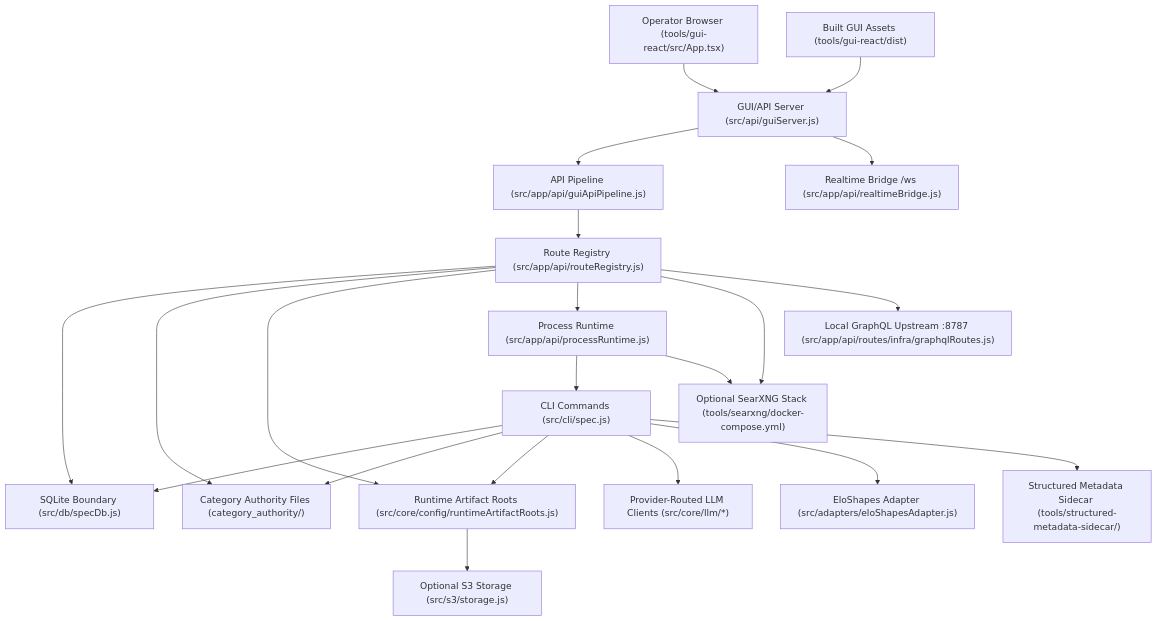
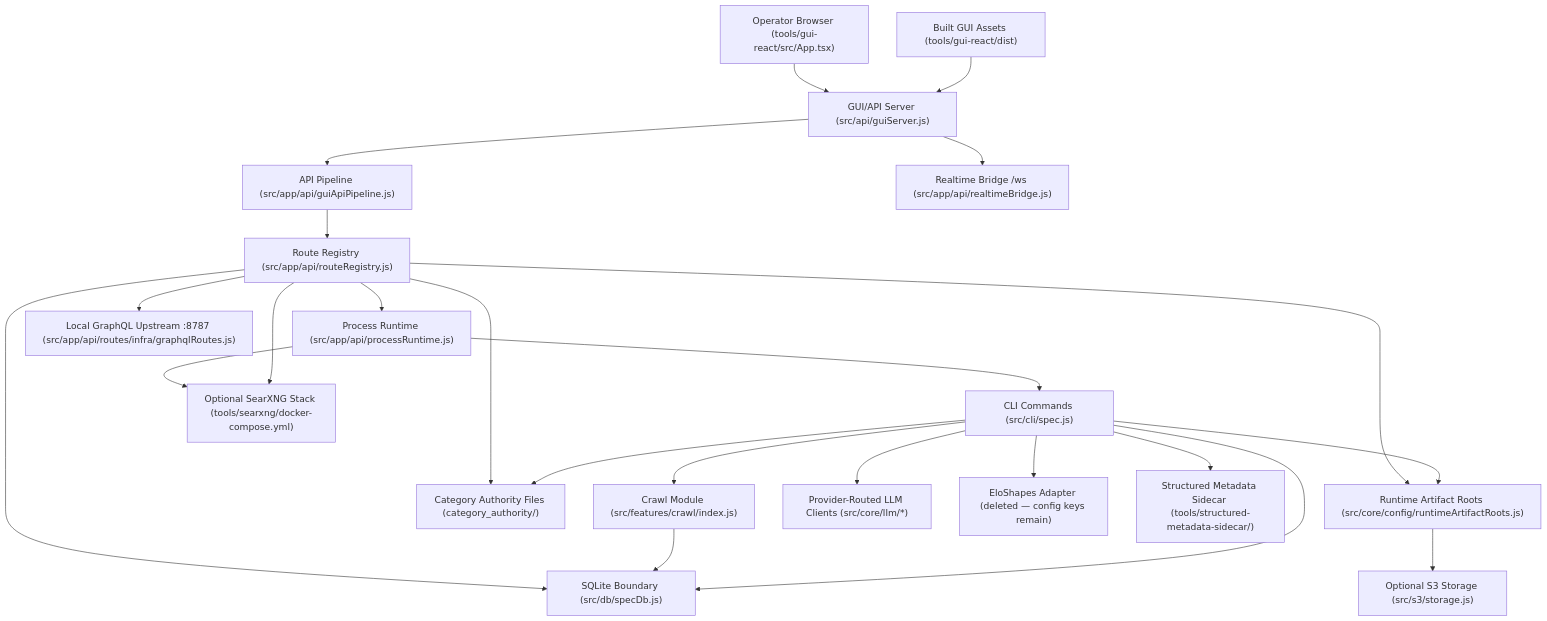
The diagram in docs/03-architecture/system-map.md (CdubVentures/Spec-Factory), drawn with Mermaid before and after one commit. The commit also changed other lines of this file and 815 other files, not shown here.

````diff
--- a/docs/03-architecture/system-map.md
+++ b/docs/03-architecture/system-map.md
@@ -7,41 +7,44 @@
 ```mermaid
 graph TD
   Browser["Operator Browser (tools/gui-react/src/App.tsx)"]
   GuiBuild["Built GUI Assets (tools/gui-react/dist)"]
   GuiServer["GUI/API Server (src/api/guiServer.js)"]
   Pipeline["API Pipeline (src/app/api/guiApiPipeline.js)"]
   Routes["Route Registry (src/app/api/routeRegistry.js)"]
   Realtime["Realtime Bridge /ws (src/app/api/realtimeBridge.js)"]
   Proc["Process Runtime (src/app/api/processRuntime.js)"]
   Cli["CLI Commands (src/cli/spec.js)"]
+  Crawl["Crawl Module (src/features/crawl/index.js)"]
   SpecDb["SQLite Boundary (src/db/specDb.js)"]
   Authority["Category Authority Files (category_authority/)"]
   Output["Runtime Artifact Roots (src/core/config/runtimeArtifactRoots.js)"]
   S3["Optional S3 Storage (src/s3/storage.js)"]
   Searxng["Optional SearXNG Stack (tools/searxng/docker-compose.yml)"]
   Graphql["Local GraphQL Upstream :8787 (src/app/api/routes/infra/graphqlRoutes.js)"]
   Llm["Provider-Routed LLM Clients (src/core/llm/*)"]
-  Elo["EloShapes Adapter (src/adapters/eloShapesAdapter.js)"]
+  Elo["EloShapes Adapter (deleted — config keys remain)"]
   Sidecar["Structured Metadata Sidecar (tools/structured-metadata-sidecar/)"]
 
   Browser --> GuiServer
   GuiBuild --> GuiServer
   GuiServer --> Pipeline
   Pipeline --> Routes
   GuiServer --> Realtime
   Routes --> SpecDb
   Routes --> Authority
   Routes --> Output
   Routes --> Proc
   Proc --> Cli
+  Cli --> Crawl
+  Crawl --> SpecDb
   Cli --> SpecDb
   Cli --> Authority
   Cli --> Output
   Cli --> Llm
   Cli --> Elo
   Cli --> Sidecar
   Proc --> Searxng
   Routes --> Searxng
   Routes --> Graphql
   Output --> S3
 ```
````
